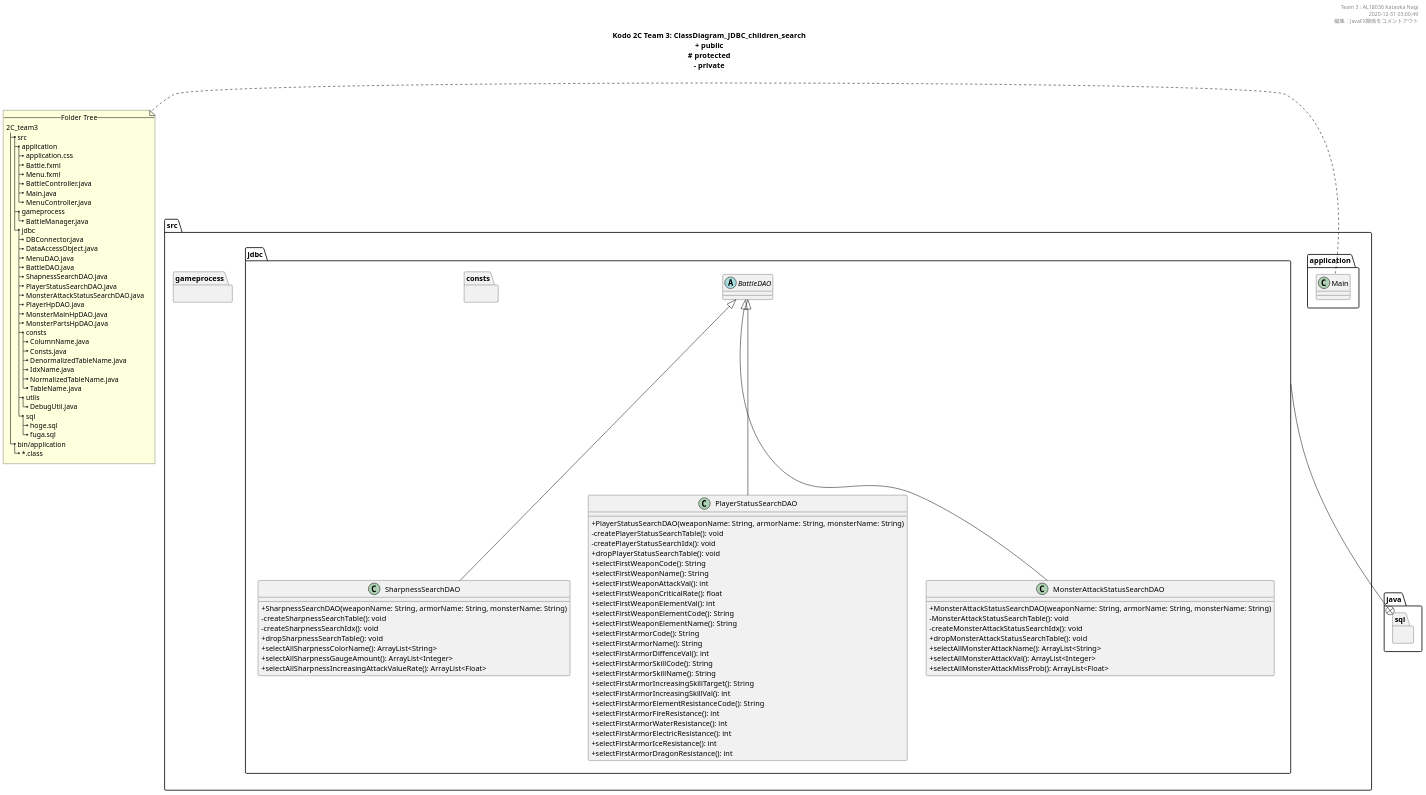
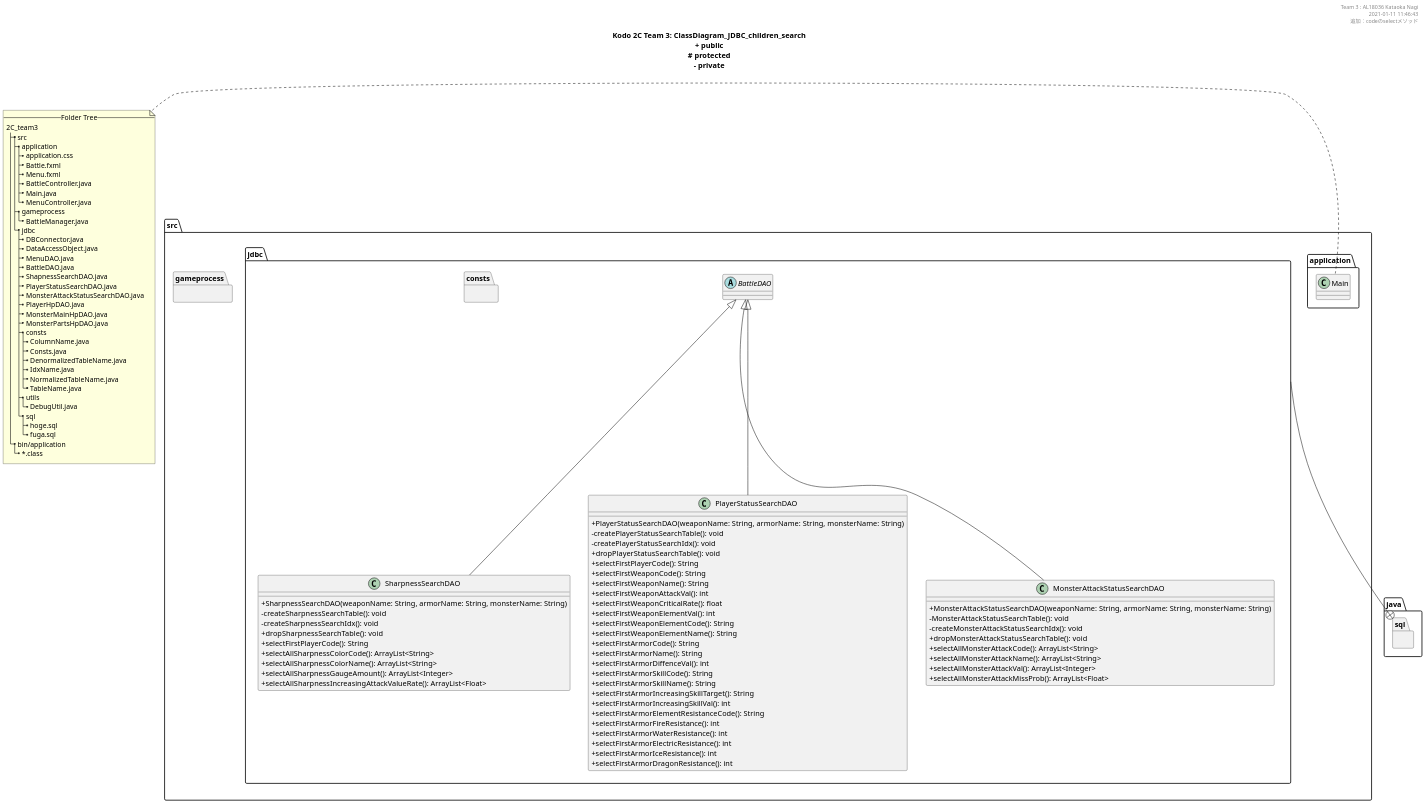
The diagram in uml/ClassDiagram_JDBC_children_search.pu (KataokaNagi/2C_team3), drawn with PlantUML before and after one commit. The commit also changed other lines of this file and 3 other files, not shown here.

Commit message:
クラス図：codeのselectメソッドの追加

```diff
--- a/uml/ClassDiagram_JDBC_children_search.pu
+++ b/uml/ClassDiagram_JDBC_children_search.pu
@@ -21,8 +21,8 @@
 
 header 
 Team 3 : AL18036 Kataoka Nagi
-2020-12-31 03:00:49
-編集：JavaFX関係をコメントアウト
+2021-01-11 11:46:43
+追加：codeのselectメソッド
 end header
 
 ''''''''''''''''''''''''''''''''''''''''''''''''''
@@ -153,6 +153,8 @@
     - createSharpnessSearchTable(): void
     - createSharpnessSearchIdx(): void
     + dropSharpnessSearchTable(): void
+    + selectFirstPlayerCode(): String
+    + selectAllSharpnessColorCode(): ArrayList<String>
     + selectAllSharpnessColorName(): ArrayList<String>
     + selectAllSharpnessGaugeAmount(): ArrayList<Integer>
     + selectAllSharpnessIncreasingAttackValueRate(): ArrayList<Float>
@@ -166,6 +168,7 @@
     - createPlayerStatusSearchTable(): void
     - createPlayerStatusSearchIdx(): void
     + dropPlayerStatusSearchTable(): void
+    + selectFirstPlayerCode(): String
     + selectFirstWeaponCode(): String
     + selectFirstWeaponName(): String
     + selectFirstWeaponAttackVal(): int
@@ -200,6 +203,7 @@
     - MonsterAttackStatusSearchTable(): void
     - createMonsterAttackStatusSearchIdx(): void
     + dropMonsterAttackStatusSearchTable(): void
+    + selectAllMonsterAttackCode(): ArrayList<String>
     + selectAllMonsterAttackName(): ArrayList<String>
     + selectAllMonsterAttackVal(): ArrayList<Integer>
     + selectAllMonsterAttackMissProb(): ArrayList<Float>
```
